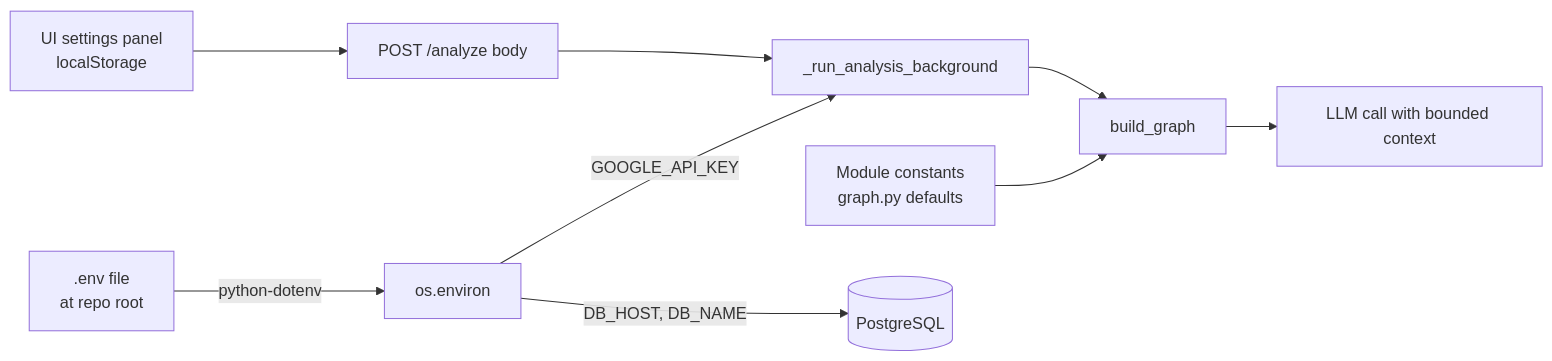
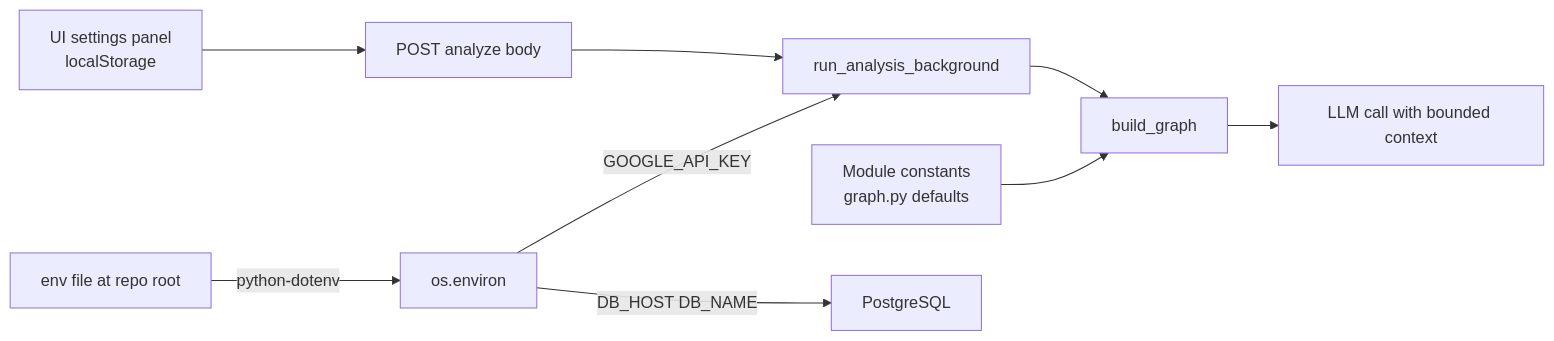
One commit to Patchino76/ok_dashboard changed the diagram in python/agentic/docs/py_md/09_configuration.md. Above: the diagram before and after it, drawn with Mermaid. The commit also changed other lines of this file and 15 other files, not shown here.

Commit message:
fixed py_md graphs and docs

````diff
--- a/python/agentic/docs/py_md/09_configuration.md
+++ b/python/agentic/docs/py_md/09_configuration.md
@@ -19,17 +19,17 @@
 ```mermaid
 flowchart LR
-    ENV[".env file<br/>at repo root"]
-    OS[os.environ]
-    DEF[Module constants<br/>graph.py defaults]
+    ENV["env file at repo root"]
+    OS["os.environ"]
+    DEF["Module constants<br/>graph.py defaults"]
     UI["UI settings panel<br/>localStorage"]
-    REQ[POST /analyze body]
-    BG[_run_analysis_background]
-    BUILD[build_graph]
-    LLM[LLM call with bounded context]
+    REQ["POST analyze body"]
+    BG["run_analysis_background"]
+    BUILD["build_graph"]
+    LLM["LLM call with bounded context"]
 
     ENV -->|python-dotenv| OS
     OS -->|GOOGLE_API_KEY| BG
-    OS -->|DB_HOST, DB_NAME| DB[(PostgreSQL)]
+    OS -->|DB_HOST DB_NAME| DB["PostgreSQL"]
     DEF --> BUILD
     UI --> REQ --> BG --> BUILD --> LLM
 ```
````
